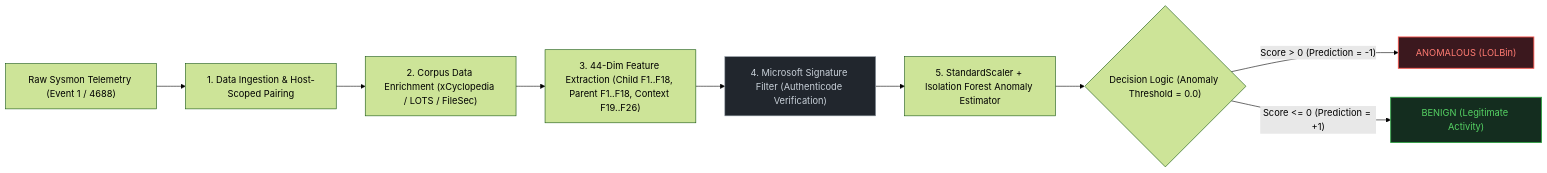
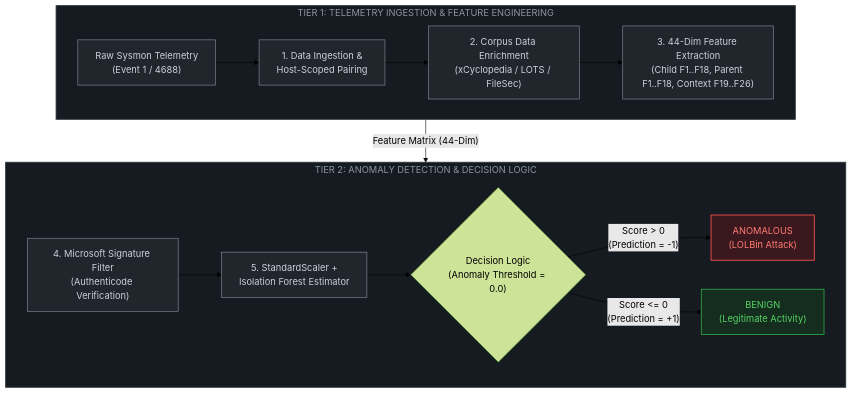
One commit to windkma/LotL-Detection changed the diagram in README.md. Above: the diagram before and after it, drawn with Mermaid (forest theme). The commit also changed other lines of this file and 1 other file, not shown here.

````diff
--- a/README.md
+++ b/README.md
@@ -28,21 +28,30 @@
 ```mermaid
-flowchart LR
-    A["Raw Sysmon Telemetry (Event 1 / 4688)"] --> B["1. Data Ingestion & Host-Scoped Pairing"]
-    B --> C["2. Corpus Data Enrichment (xCyclopedia / LOTS / FileSec)"]
-    C --> D["3. 44-Dim Feature Extraction (Child F1..F18, Parent F1..F18, Context F19..F26)"]
-    D --> E["4. Microsoft Signature Filter (Authenticode Verification)"]
-    E --> F["5. StandardScaler + Isolation Forest Anomaly Estimator"]
-    
-    F --> G{"Decision Logic (Anomaly Threshold = 0.0)"}
-    G -->|"Score > 0 (Prediction = -1)"| H["ANOMALOUS (LOLBin)"]
-    G -->|"Score <= 0 (Prediction = +1)"| I["BENIGN (Legitimate Activity)"]
+flowchart TD
+    subgraph Tier1["TIER 1: TELEMETRY INGESTION & FEATURE ENGINEERING"]
+        direction LR
+        A["Raw Sysmon Telemetry<br/>(Event 1 / 4688)"] --> B["1. Data Ingestion &<br/>Host-Scoped Pairing"]
+        B --> C["2. Corpus Data Enrichment<br/>(xCyclopedia / LOTS / FileSec)"]
+        C --> D["3. 44-Dim Feature Extraction<br/>(Child F1..F18, Parent F1..F18, Context F19..F26)"]
+    end
+
+    subgraph Tier2["TIER 2: ANOMALY DETECTION & DECISION LOGIC"]
+        direction LR
+        E["4. Microsoft Signature Filter<br/>(Authenticode Verification)"] --> F["5. StandardScaler +<br/>Isolation Forest Estimator"]
+        F --> G{"Decision Logic<br/>(Anomaly Threshold = 0.0)"}
+        G -->|"Score > 0<br/>(Prediction = -1)"| H["ANOMALOUS<br/>(LOLBin Attack)"]
+        G -->|"Score <= 0<br/>(Prediction = +1)"| I["BENIGN<br/>(Legitimate Activity)"]
+    end
+
+    D -->|"Feature Matrix (44-Dim)"| E
 
     %% Semantic Styling
     classDef bad fill:#3b181e,stroke:#f85149,stroke-width:1.5px,color:#ff7b72;
     classDef good fill:#142d1f,stroke:#2ea043,stroke-width:1.5px,color:#56d364;
     classDef neutral fill:#21262d,stroke:#8b949e,stroke-width:1px,color:#c9d1d9;
+    classDef tier fill:#161b22,stroke:#30363d,stroke-width:1.5px,color:#8b949e;
 
     class H bad;
     class I good;
-    class E neutral;
+    class A,B,C,D,E,F neutral;
+    class Tier1,Tier2 tier;
 ```
````
